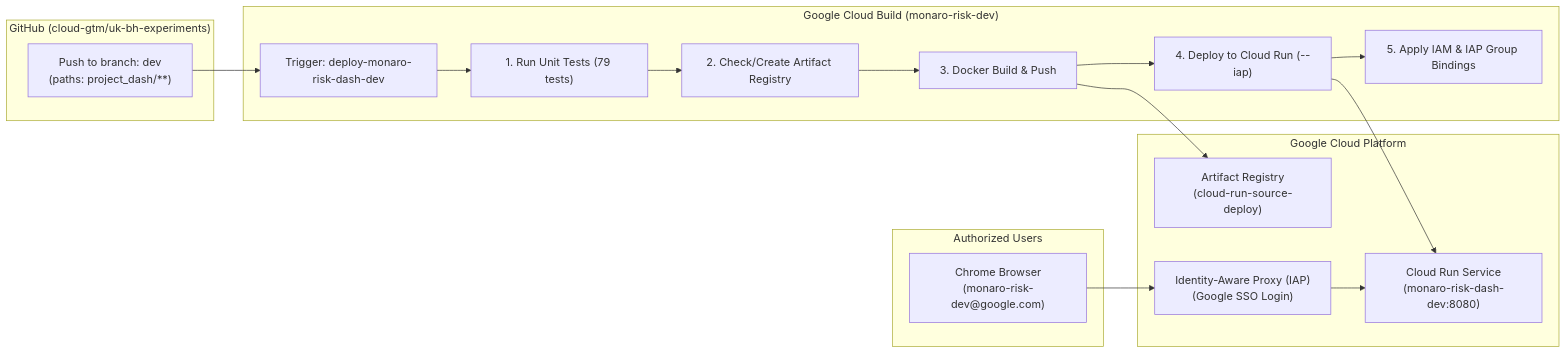
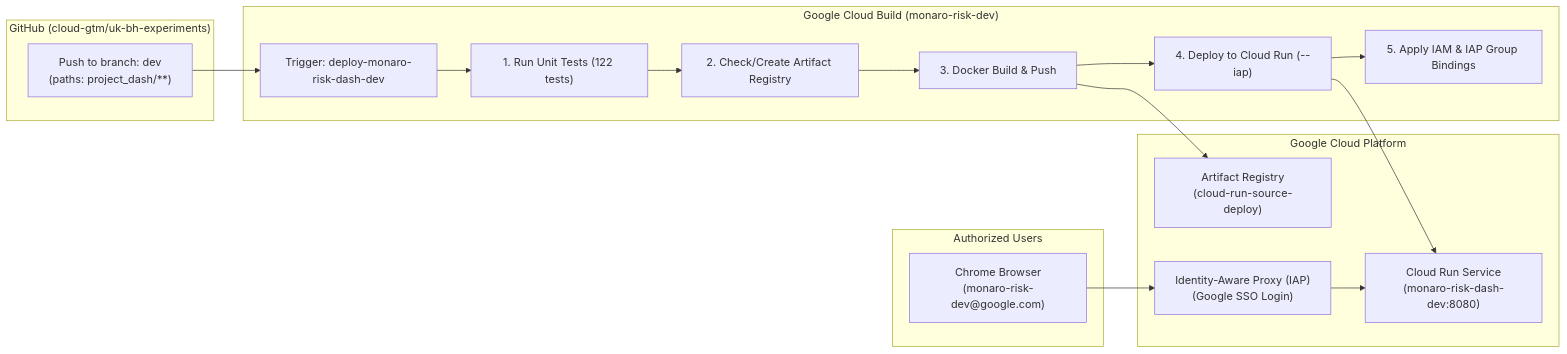
Before and after one commit to brendanhills/uk-bh-project-dash: the diagram in docs/DEPLOYMENT_GUIDE.md, drawn with Mermaid. The commit also changed other lines of this file and 2 other files, not shown here.

Commit message:
docs: update and align all user manuals (Handover, Presentation, and Deployment guides)

````diff
--- a/docs/DEPLOYMENT_GUIDE.md
+++ b/docs/DEPLOYMENT_GUIDE.md
@@ -9,31 +9,31 @@
 ```mermaid
 flowchart LR
     subgraph GitHub["GitHub (cloud-gtm/uk-bh-experiments)"]
         GitPush["Push to branch: dev\n(paths: project_dash/**)"]
     end
 
     subgraph CloudBuild["Google Cloud Build (monaro-risk-dev)"]
         Trigger["Trigger: deploy-monaro-risk-dash-dev"]
-        Step1["1. Run Unit Tests (79 tests)"]
+        Step1["1. Run Unit Tests (122 tests)"]
         Step2["2. Check/Create Artifact Registry"]
         Step3["3. Docker Build & Push"]
         Step4["4. Deploy to Cloud Run (--iap)"]
         Step5["5. Apply IAM & IAP Group Bindings"]
     end
 
     subgraph GCP["Google Cloud Platform"]
         AR["Artifact Registry\n(cloud-run-source-deploy)"]
         IAP["Identity-Aware Proxy (IAP)\n(Google SSO Login)"]
         CloudRun["Cloud Run Service\n(monaro-risk-dash-dev:8080)"]
     end
 
     subgraph Users["Authorized Users"]
         Browser["Chrome Browser\n(monaro-risk-dev@google.com)"]
     end
 
     GitPush --> Trigger
     Trigger --> Step1 --> Step2 --> Step3 --> Step4 --> Step5
     Step3 --> AR
     Step4 --> CloudRun
     Browser --> IAP --> CloudRun
 ```
````
